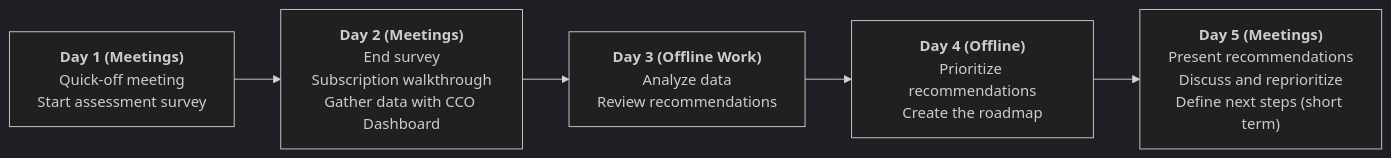
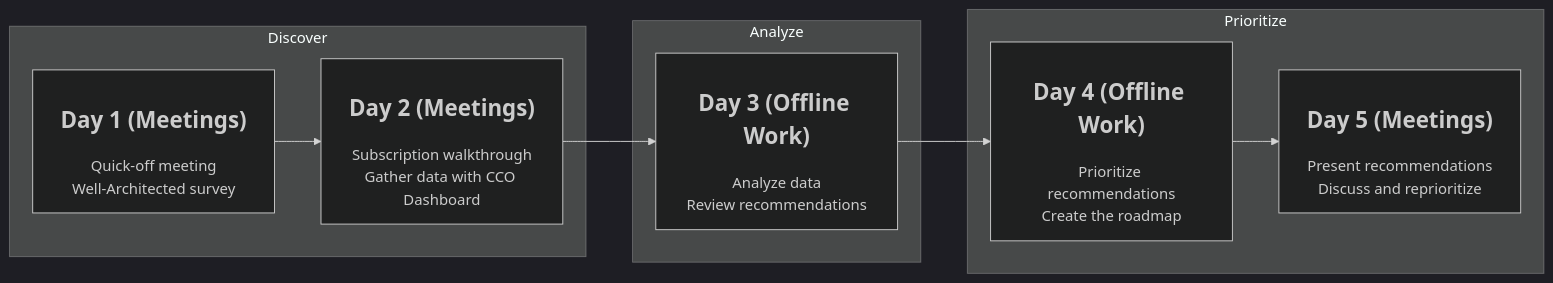
Before and after one commit to microsoft/GPS-Well-Architected-Partner-Training: the second of 2 diagrams in 2.b Well-Architected Process Guide/README.md, drawn with Mermaid (dark theme). The commit also changed other lines of this file and 3 other files, not shown here.

Commit message:
Enhance graphs

````diff
--- a/2.b Well-Architected Process Guide/README.md
+++ b/2.b Well-Architected Process Guide/README.md
@@ -51,11 +66,17 @@
 ```mermaid
 flowchart LR
 
-A["<b>Day 1 (Meetings)</b><br>Quick-off meeting<br>Start assessment survey"] 
-B["<b>Day 2 (Meetings)</b><br>End survey<br>Subscription walkthrough<br>Gather data with CCO Dashboard"]
-C["<b>Day 3 (Offline Work)</b><br>Analyze data<br>Review recommendations"]
-D["<b>Day 4 (Offline)</b><br>Prioritize recommendations<br>Create the roadmap"]
-E["<b>Day 5 (Meetings)</b><br>Present recommendations<br>Discuss and reprioritize<br>Define next steps (short term)"]
+subgraph Discover
+A["<h2>Day 1 (Meetings)</h2>Quick-off meeting<br>Well-Architected survey"] 
+B["<h2>Day 2 (Meetings)</h2>Subscription walkthrough<br>Gather data with CCO Dashboard"]
+end
+subgraph Analyze
+C["<h2>Day 3 (Offline Work)</h2>Analyze data<br>Review recommendations"]
+end
+subgraph Prioritize
+D["<h2>Day 4 (Offline Work)</h2>Prioritize recommendations<br>Create the roadmap"]
+E["<h2>Day 5 (Meetings)</h2>Present recommendations<br>Discuss and reprioritize"]
+end
 
 A-->B-->C-->D-->E
 ```
````
